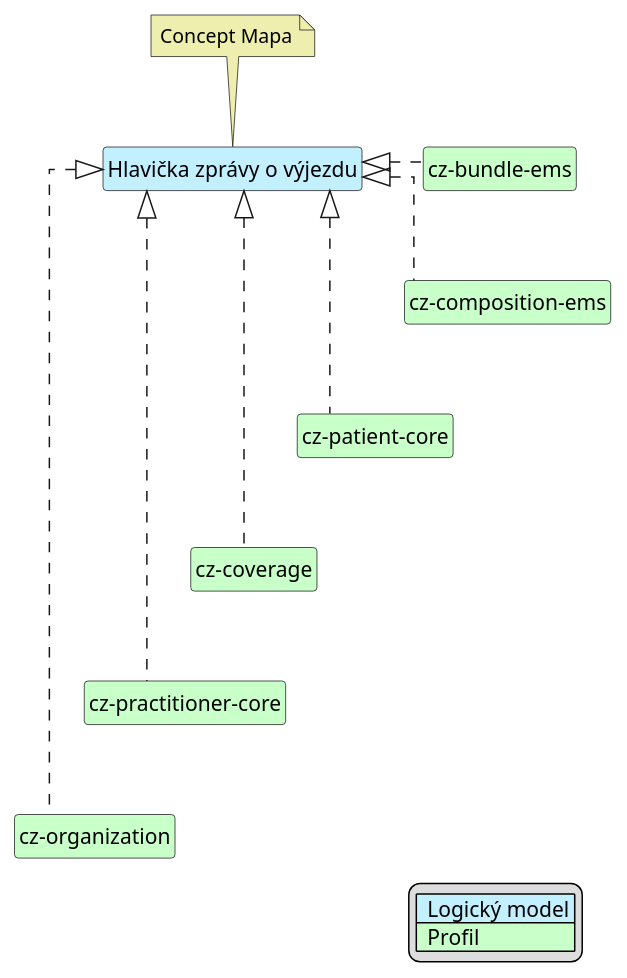
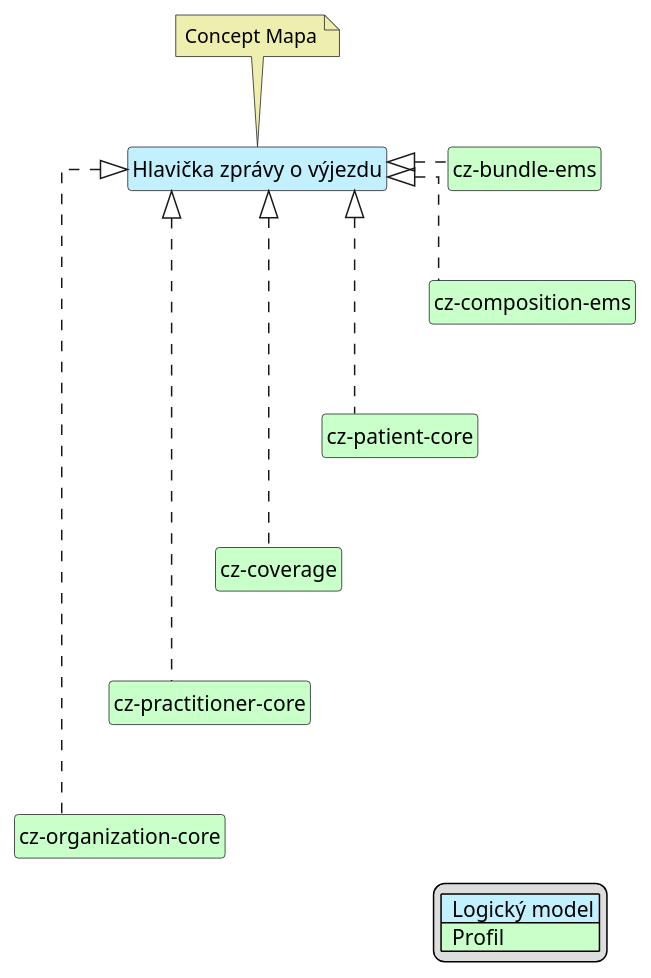
One commit to HL7-cz/cz-ems changed the diagram in input/images-source/emsHead-map-cs.plantuml. Above: the diagram before and after it, drawn with PlantUML. The commit also changed 8 other files, not shown here.

```diff
--- a/input/images-source/emsHead-map-cs.plantuml
+++ b/input/images-source/emsHead-map-cs.plantuml
@@ -1,39 +1,39 @@
 @startuml
 hide circle
 hide stereotype
 hide members
 hide methods
 skinparam linetype ortho
 skinparam class {
 BackgroundColor<<LogicalModel>> #APPLICATION
 BackgroundColor<<Profile>> #TECHNOLOGY
 }
 legend right
 | <#APPLICATION>  Logický model |
 | <#TECHNOLOGY>  Profil |
 endlegend
 class "Hlavička zprávy o výjezdu" <<LogicalModel>> [[StructureDefinition-LogHeaderEmsCz.html]]
 note top #EEEEAE [[ConceptMap-Header2FHIR-cz.html]]
 Concept Mapa
 endnote
 
-class "cz-organization" <<Profile>> [[https://build.fhir.org/ig/HL7-cz/cz-core/StructureDefinition-cz-organization-core.html]]
+class "cz-organization-core" <<Profile>> [[https://build.fhir.org/ig/HL7-cz/cz-core/StructureDefinition-cz-organization-core.html]]
 class "cz-coverage" <<Profile>> [[https://build.fhir.org/ig/HL7-cz/cz-core/StructureDefinition-cz-coverage.html]]
 class "cz-patient-core" <<Profile>> [[https://build.fhir.org/ig/HL7-cz/cz-core/StructureDefinition-cz-patient-core.html]]
 class "cz-practitioner-core" <<Profile>> [[https://build.fhir.org/ig/HL7-cz/cz-core/StructureDefinition-cz-practitioner-core.html]]
 class "cz-bundle-ems" <<Profile>> [[StructureDefinition-cz-bundle-ems.html]]
 class "cz-composition-ems" <<Profile>> [[StructureDefinition-cz-composition-ems.html]]
 
 "Hlavička zprávy o výjezdu" <|. "cz-composition-ems"
 "Hlavička zprávy o výjezdu" <|. "cz-bundle-ems"
 "Hlavička zprávy o výjezdu" <|. "cz-patient-core"
 "Hlavička zprávy o výjezdu" <|. "cz-coverage"
 "Hlavička zprávy o výjezdu" <|. "cz-practitioner-core"
-"Hlavička zprávy o výjezdu" <|. "cz-organization"
+"Hlavička zprávy o výjezdu" <|. "cz-organization-core"
 
 "cz-bundle-ems" -d[hidden]-> "cz-composition-ems"
 "cz-composition-ems" -d[hidden]-> "cz-patient-core"
 "cz-patient-core" -d[hidden]-> "cz-coverage"
 "cz-coverage" -d[hidden]-> "cz-practitioner-core"
-"cz-practitioner-core" -d[hidden]-> "cz-organization"
+"cz-practitioner-core" -d[hidden]-> "cz-organization-core"
 @enduml
```
